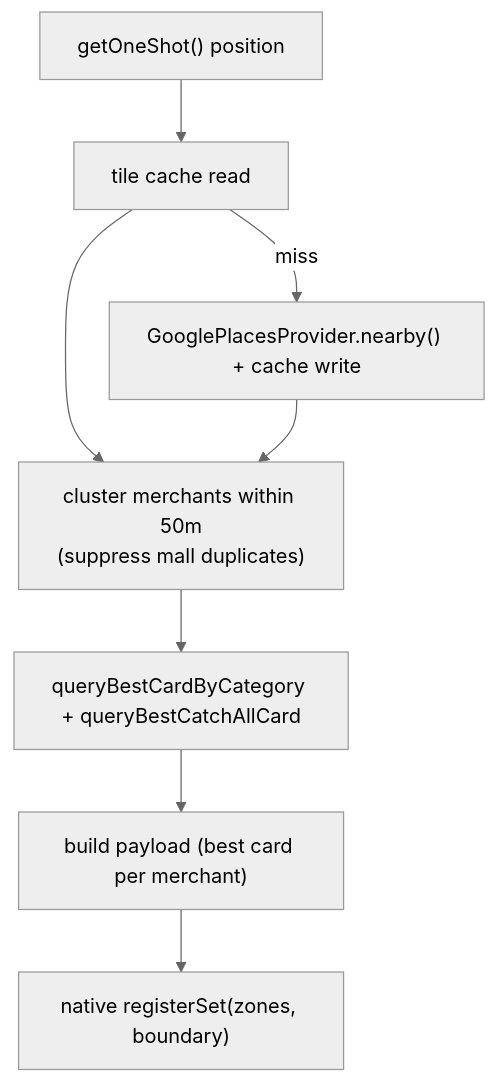
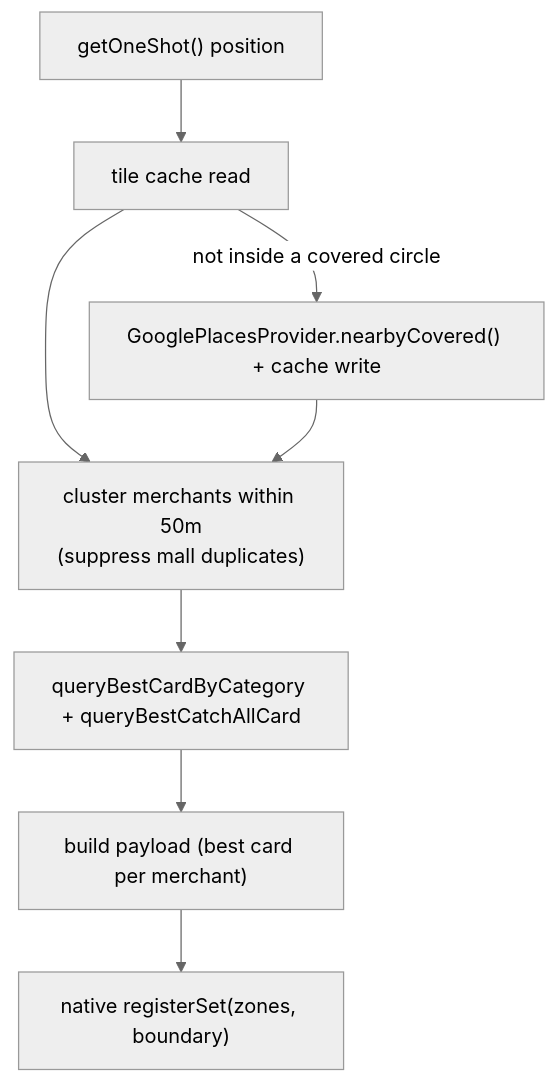
One commit to jacobceles/swipewise changed the diagram in docs/nearby.md. Above: the diagram before and after it, drawn with Mermaid (neutral theme). The commit also changed other lines of this file and 25 other files, not shown here.

````diff
--- a/docs/nearby.md
+++ b/docs/nearby.md
@@ -71,10 +83,10 @@
 ```mermaid
 flowchart TD
   L["getOneShot() position"] --> C["tile cache read"]
-  C -->|miss| F["GooglePlacesProvider.nearby() + cache write"]
+  C -->|"not inside a covered circle"| F["GooglePlacesProvider.nearbyCovered() + cache write"]
   C --> CL["cluster merchants within 50m<br/>(suppress mall duplicates)"]
   F --> CL
   CL --> BC["queryBestCardByCategory + queryBestCatchAllCard"]
   BC --> P["build payload (best card per merchant)"]
   P --> N["native registerSet(zones, boundary)"]
 ```
````
